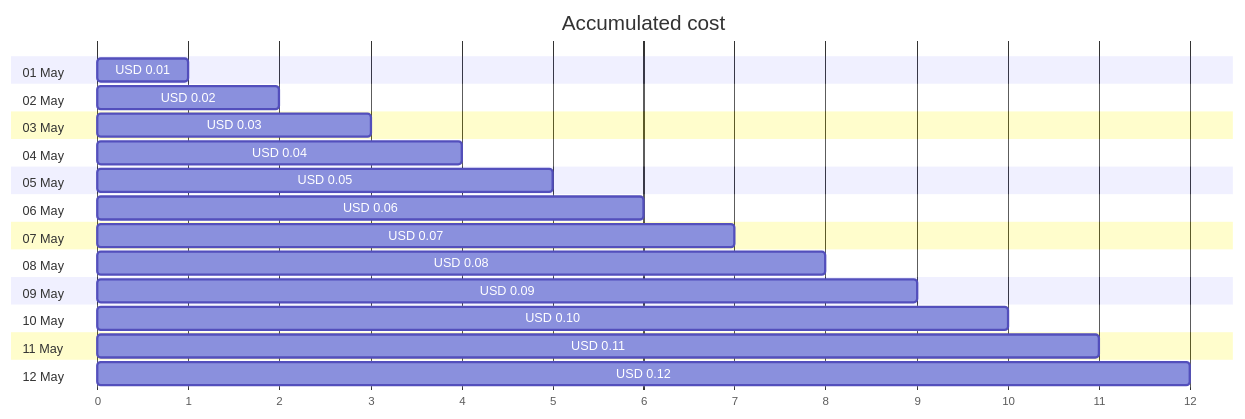
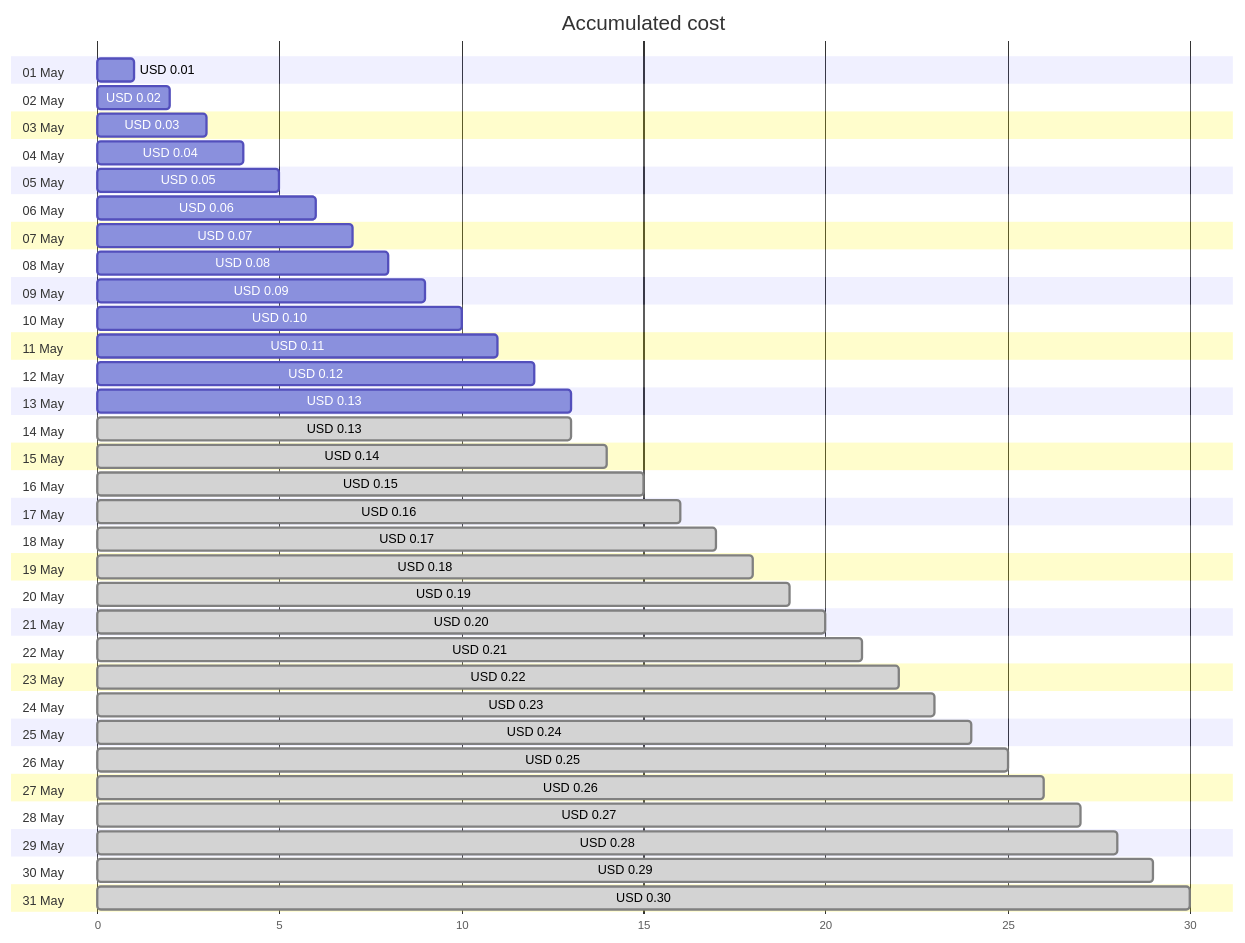
The first of 4 diagrams in cost-reports/cloud-shell-storage-eastus/cs2100300008c8d894b.md (jpfulton/azure-personal-reports), drawn with Mermaid before and after one commit. The commit also changed other lines of this file and 1 other file, not shown here.

Commit message:
Generated reports [skip ci]

````diff
--- a/cost-reports/cloud-shell-storage-eastus/cs2100300008c8d894b.md
+++ b/cost-reports/cloud-shell-storage-eastus/cs2100300008c8d894b.md
@@ -20,30 +20,68 @@
 ```mermaid
 gantt
    title Accumulated cost
    dateFormat  X
    axisFormat %s
    section 01 May
    USD 0.01 :0, 1
    section 02 May
    USD 0.02 :0, 2
    section 03 May
    USD 0.03 :0, 3
    section 04 May
    USD 0.04 :0, 4
    section 05 May
    USD 0.05 :0, 5
    section 06 May
    USD 0.06 :0, 6
    section 07 May
    USD 0.07 :0, 7
    section 08 May
    USD 0.08 :0, 8
    section 09 May
    USD 0.09 :0, 9
    section 10 May
    USD 0.10 :0, 10
    section 11 May
    USD 0.11 :0, 11
    section 12 May
    USD 0.12 :0, 12
+   section 13 May
+   USD 0.13 :0, 13
+   section 14 May
+   USD 0.13 : done, 0, 13
+   section 15 May
+   USD 0.14 : done, 0, 14
+   section 16 May
+   USD 0.15 : done, 0, 15
+   section 17 May
+   USD 0.16 : done, 0, 16
+   section 18 May
+   USD 0.17 : done, 0, 17
+   section 19 May
+   USD 0.18 : done, 0, 18
+   section 20 May
+   USD 0.19 : done, 0, 19
+   section 21 May
+   USD 0.20 : done, 0, 20
+   section 22 May
+   USD 0.21 : done, 0, 21
+   section 23 May
+   USD 0.22 : done, 0, 22
+   section 24 May
+   USD 0.23 : done, 0, 23
+   section 25 May
+   USD 0.24 : done, 0, 24
+   section 26 May
+   USD 0.25 : done, 0, 25
+   section 27 May
+   USD 0.26 : done, 0, 26
+   section 28 May
+   USD 0.27 : done, 0, 27
+   section 29 May
+   USD 0.28 : done, 0, 28
+   section 30 May
+   USD 0.29 : done, 0, 29
+   section 31 May
+   USD 0.30 : done, 0, 30
 ```
````
